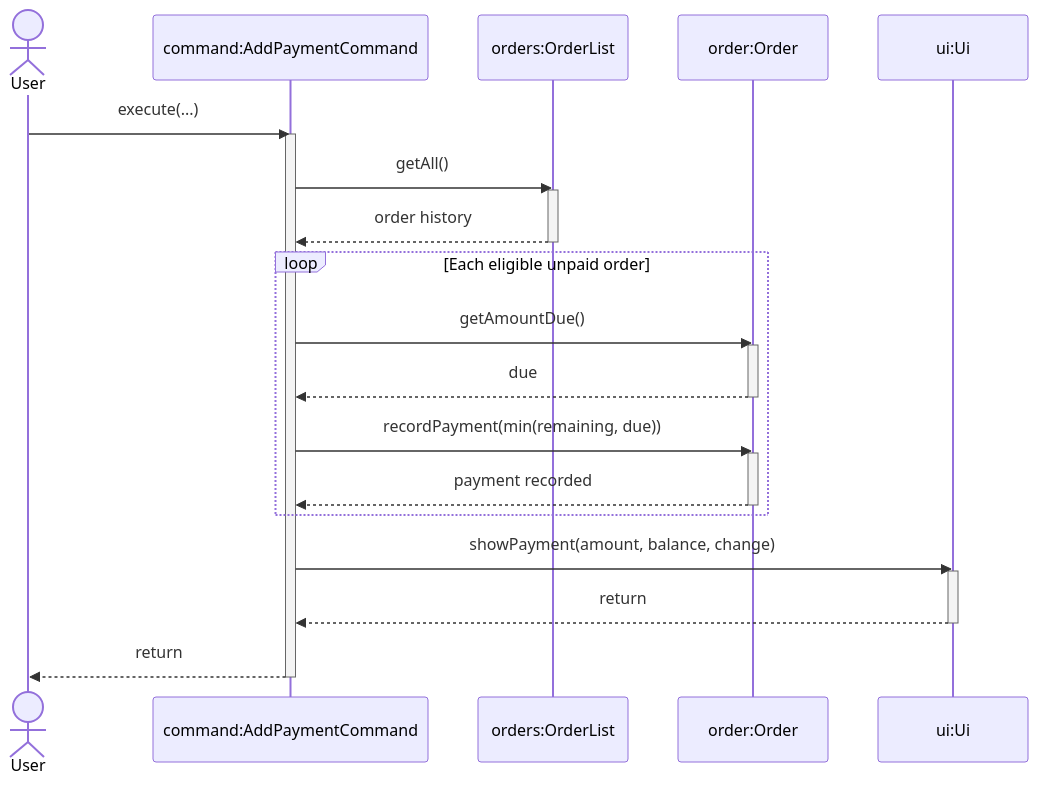
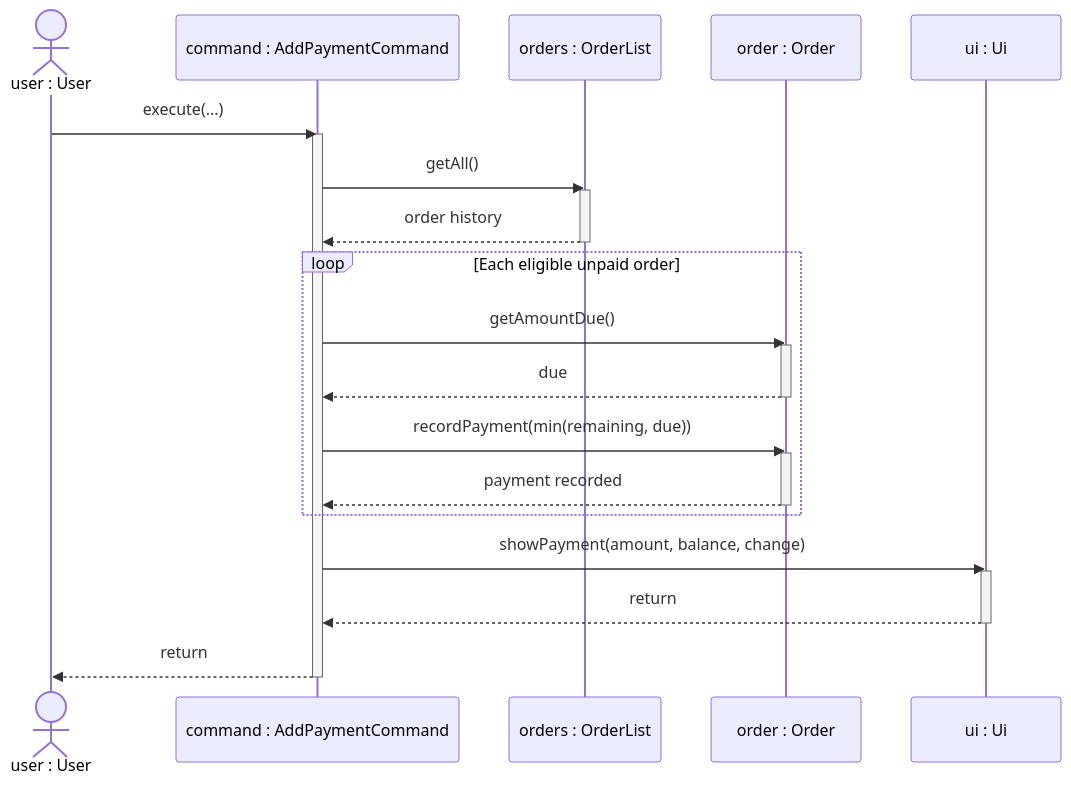
Before and after one commit to AY2627S1-CS2113-T11-1/tp: the diagram in docs/diagrams/customer-payment.mmd, drawn with Mermaid. The commit also changed 8 other files, not shown here.

Commit message:
docs: update UML financial sequence diagrams

```diff
--- a/docs/diagrams/customer-payment.mmd
+++ b/docs/diagrams/customer-payment.mmd
@@ -1,29 +1,30 @@
+%%{init: {"themeCSS": ".loopLine { stroke-dasharray: none !important; }"}}%%
 sequenceDiagram
     %% Partial payments are allocated across eligible orders in creation order.
-    actor D as User
-    participant C as command:AddPaymentCommand
-    participant L as orders:OrderList
-    participant O as order:Order
-    participant U as ui:Ui
+    actor D as user : User
+    participant C as command : AddPaymentCommand
+    participant L as orders : OrderList
+    participant O as order : Order
+    participant U as ui : Ui
     D->>C: execute(...)
     activate C
     C->>L: getAll()
     activate L
     L-->>C: order history
     deactivate L
     loop Each eligible unpaid order
         C->>O: getAmountDue()
         activate O
         O-->>C: due
         deactivate O
         C->>O: recordPayment(min(remaining, due))
         activate O
         O-->>C: payment recorded
         deactivate O
     end
     C->>U: showPayment(amount, balance, change)
     activate U
     U-->>C: return
     deactivate U
     C-->>D: return
     deactivate C
```
